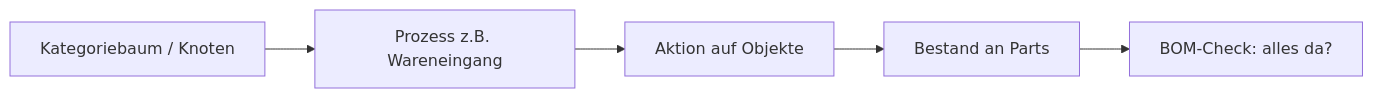
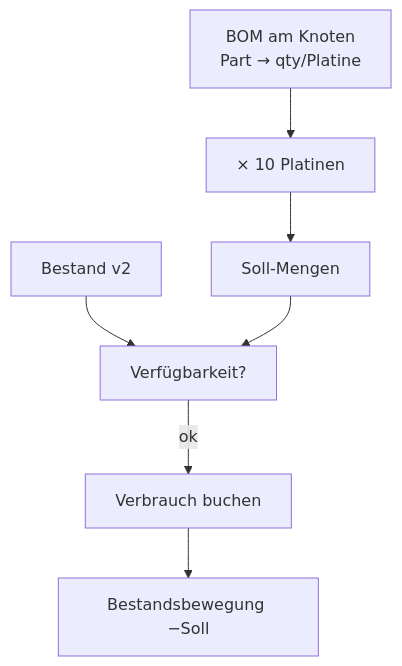
The second of 3 diagrams in docs/plans/domain-vision-prototype.md (sfambach/wp-electronic-parts), drawn with Mermaid before and after one commit. The commit also changed other lines of this file and 3 other files, not shown here.

First line of the commit message:
Park stock logic for v2+ and add BOM consumption scenario.

````diff
--- a/docs/plans/domain-vision-prototype.md
+++ b/docs/plans/domain-vision-prototype.md
@@ -39,7 +77,9 @@
 ```mermaid
-flowchart LR
-  Tree["Kategoriebaum / Knoten"] --> Proc["Prozess z.B. Wareneingang"]
-  Proc --> Action["Aktion auf Objekte"]
-  Action --> Stock["Bestand an Parts"]
-  Stock --> BOM["BOM-Check: alles da?"]
+flowchart TD
+  Bom["BOM am Knoten\nPart → qty/Platine"] --> Scale["× 10 Platinen"]
+  Scale --> Need["Soll-Mengen"]
+  Stock["Bestand v2"] --> Check["Verfügbarkeit?"]
+  Need --> Check
+  Check -->|ok| Book["Verbrauch buchen"]
+  Book --> Ledger["Bestandsbewegung −Soll"]
 ```
````
